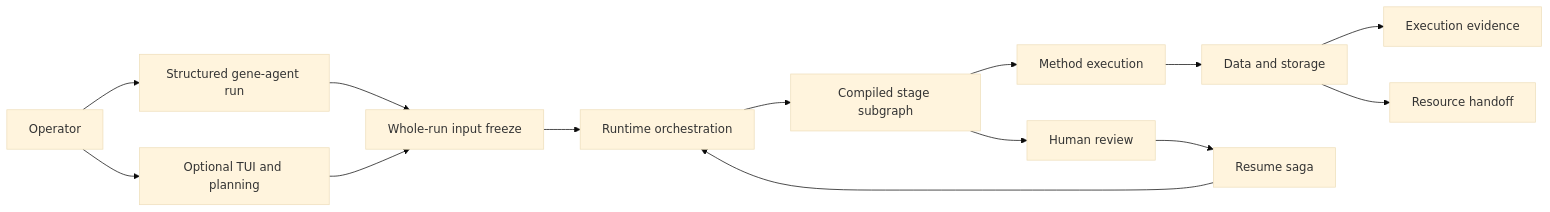
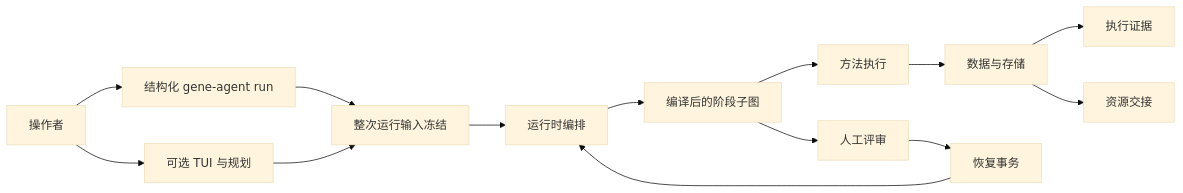
One commit to lux-666/genevis changed the diagram in docs/architecture/README.md. Above: the diagram before and after it, drawn with Mermaid (base theme). The commit also changed other lines of this file and 76 other files, not shown here.

First line of the commit message:
refactor: close legacy paths and align Chinese architecture docs

````diff
--- a/docs/architecture/README.md
+++ b/docs/architecture/README.md
@@ -28,16 +23,16 @@
 ```mermaid
 flowchart LR
-    operator["Operator"] --> run["Structured gene-agent run"]
-    operator --> tui["Optional TUI and planning"]
-    run --> freeze["Whole-run input freeze"]
+    operator["操作者"] --> run["结构化 gene-agent run"]
+    operator --> tui["可选 TUI 与规划"]
+    run --> freeze["整次运行输入冻结"]
     tui --> freeze
-    freeze --> orchestration["Runtime orchestration"]
-    orchestration --> stage["Compiled stage subgraph"]
-    stage --> execution["Method execution"]
-    execution --> data["Data and storage"]
-    data --> evidence["Execution evidence"]
-    data --> resources["Resource handoff"]
-    stage --> review["Human review"]
-    review --> resume["Resume saga"]
+    freeze --> orchestration["运行时编排"]
+    orchestration --> stage["编译后的阶段子图"]
+    stage --> execution["方法执行"]
+    execution --> data["数据与存储"]
+    data --> evidence["执行证据"]
+    data --> resources["资源交接"]
+    stage --> review["人工评审"]
+    review --> resume["恢复事务"]
     resume --> orchestration
 ```
````
